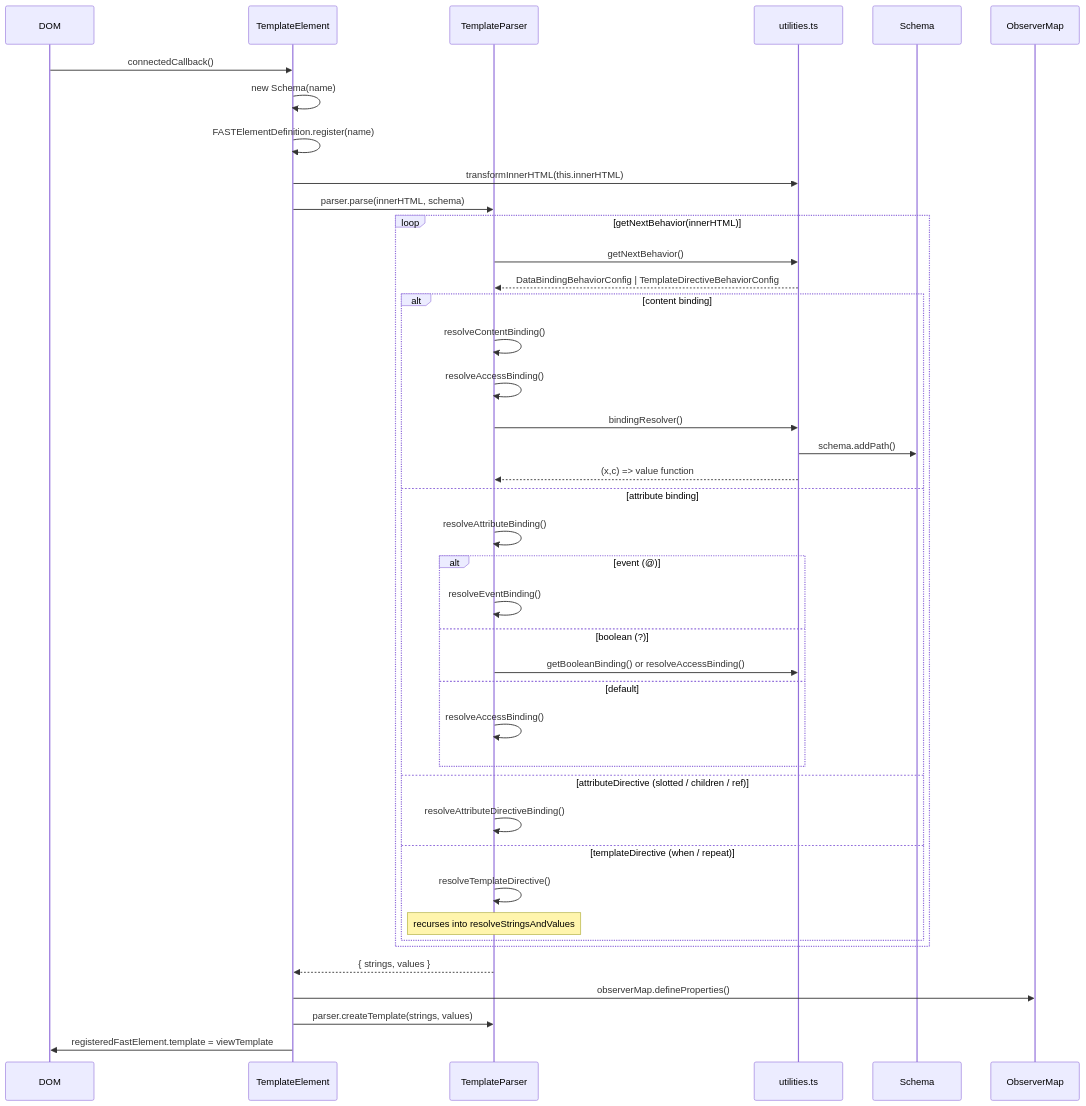
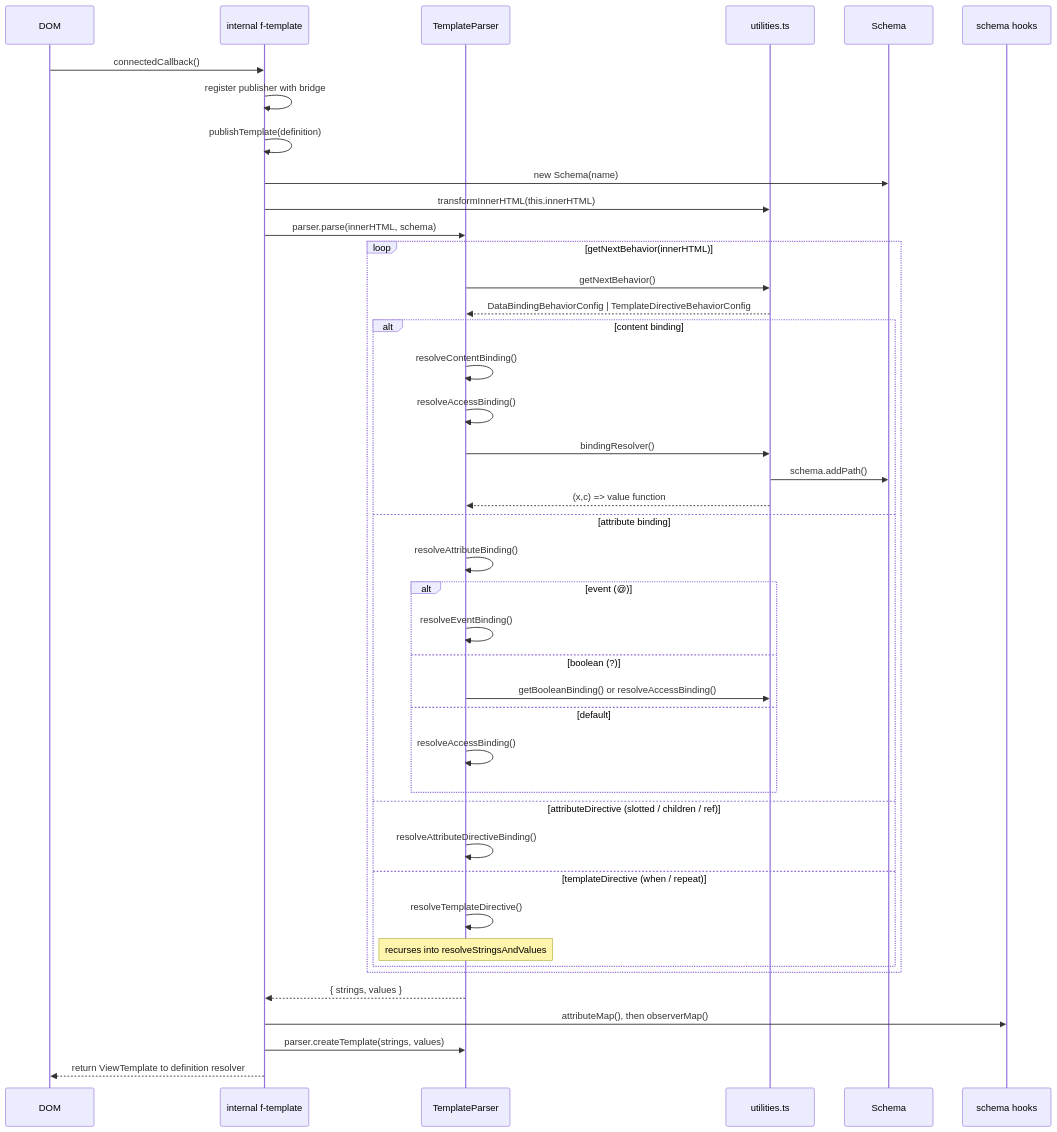
Before and after one commit to microsoft/fast: the second of 4 diagrams in packages/fast-element/DECLARATIVE_DESIGN.md, drawn with Mermaid. The commit also changed other lines of this file and 84 other files, not shown here.

````diff
--- a/packages/fast-element/DECLARATIVE_DESIGN.md
+++ b/packages/fast-element/DECLARATIVE_DESIGN.md
@@ -314,44 +375,45 @@
 ```mermaid
 sequenceDiagram
     participant DOM
-    participant TE as TemplateElement
+    participant FTE as internal f-template
     participant TP as TemplateParser
     participant U as utilities.ts
     participant S as Schema
-    participant OM as ObserverMap
+    participant Hooks as schema hooks
 
-    DOM->>TE: connectedCallback()
-    TE->>TE: new Schema(name)
-    TE->>TE: FASTElementDefinition.register(name)
-    TE->>U: transformInnerHTML(this.innerHTML)
-    TE->>TP: parser.parse(innerHTML, schema)
+    DOM->>FTE: connectedCallback()
+    FTE->>FTE: register publisher with bridge
+    FTE->>FTE: publishTemplate(definition)
+    FTE->>S: new Schema(name)
+    FTE->>U: transformInnerHTML(this.innerHTML)
+    FTE->>TP: parser.parse(innerHTML, schema)
     loop getNextBehavior(innerHTML)
         TP->>U: getNextBehavior()
         U-->>TP: DataBindingBehaviorConfig | TemplateDirectiveBehaviorConfig
         alt content binding
             TP->>TP: resolveContentBinding()
             TP->>TP: resolveAccessBinding()
             TP->>U: bindingResolver()
             U->>S: schema.addPath()
             U-->>TP: (x,c) => value function
         else attribute binding
             TP->>TP: resolveAttributeBinding()
             alt event (@)
                 TP->>TP: resolveEventBinding()
             else boolean (?)
                 TP->>U: getBooleanBinding() or resolveAccessBinding()
             else default
                 TP->>TP: resolveAccessBinding()
             end
         else attributeDirective (slotted / children / ref)
             TP->>TP: resolveAttributeDirectiveBinding()
         else templateDirective (when / repeat)
             TP->>TP: resolveTemplateDirective()
             note over TP: recurses into resolveStringsAndValues
         end
     end
-    TP-->>TE: { strings, values }
-    TE->>OM: observerMap.defineProperties()
-    TE->>TP: parser.createTemplate(strings, values)
-    TE->>DOM: registeredFastElement.template = viewTemplate
+    TP-->>FTE: { strings, values }
+    FTE->>Hooks: attributeMap(), then observerMap()
+    FTE->>TP: parser.createTemplate(strings, values)
+    FTE-->>DOM: return ViewTemplate to definition resolver
 ```
````
